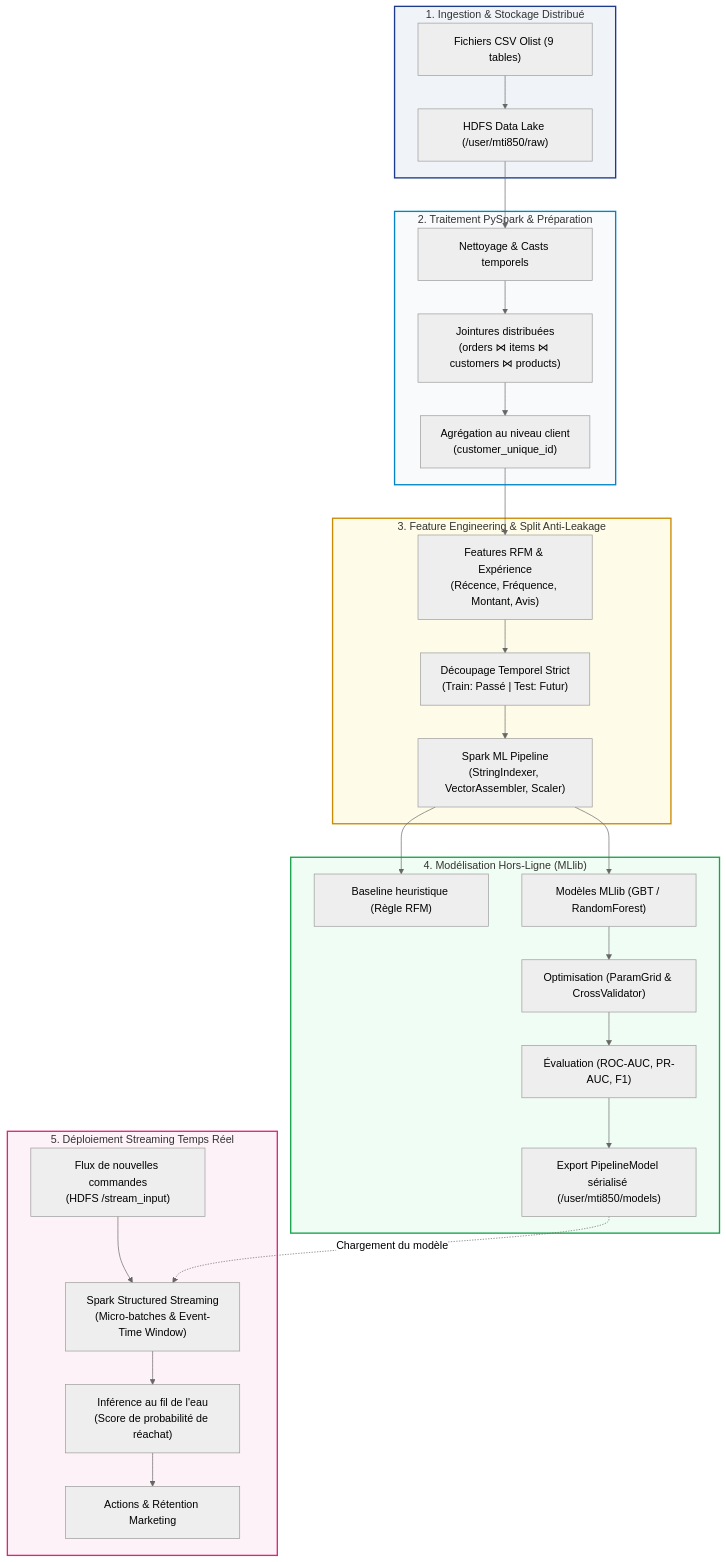
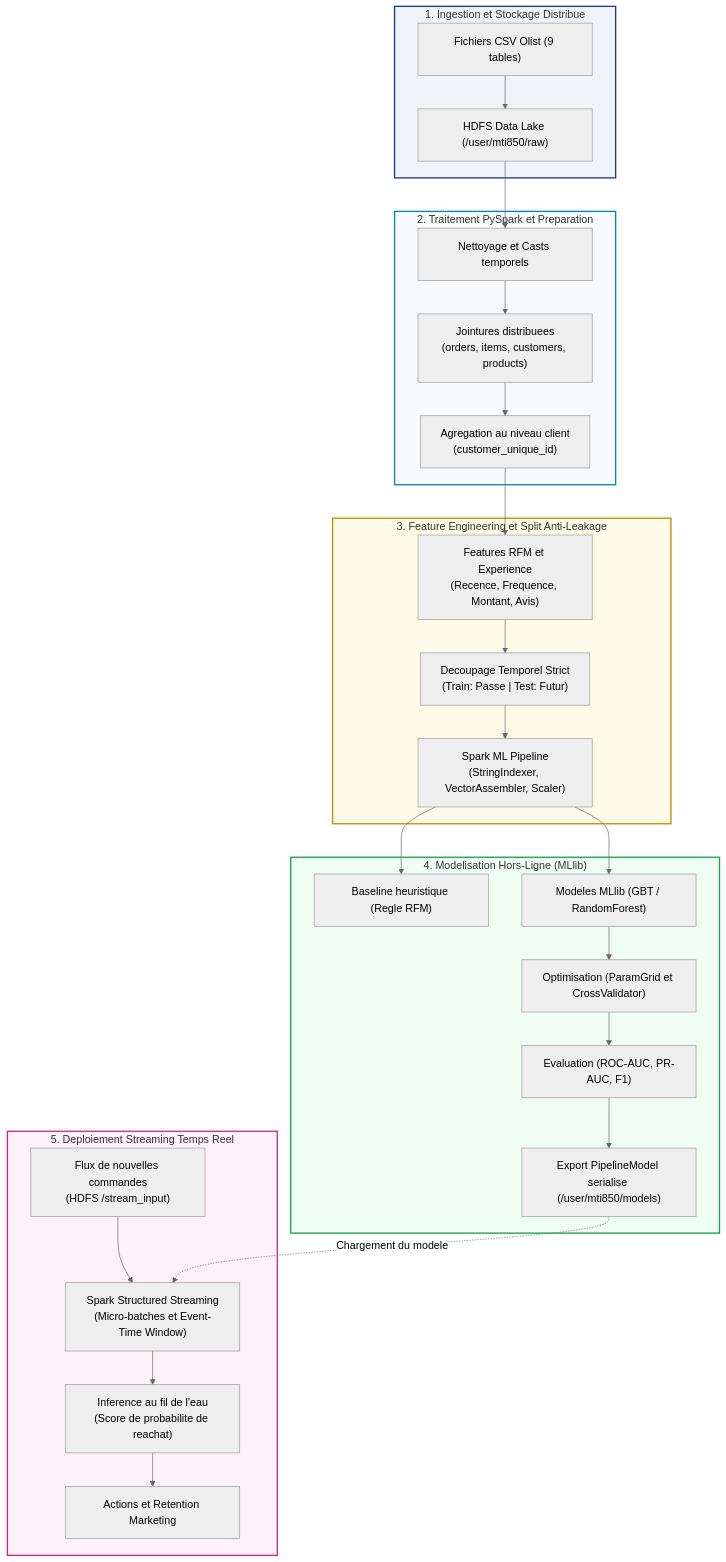
Before and after one commit to jaoseguera/mti850-ecommerce-projet-final: the diagram in README.md, drawn with Mermaid (neutral theme). The commit also changed other lines of this file and 10 other files, not shown here.

````diff
--- a/README.md
+++ b/README.md
@@ -25,39 +20,39 @@
 ```mermaid
 flowchart TD
-    subgraph S1["1. Ingestion & Stockage Distribué"]
+    subgraph S1["1. Ingestion et Stockage Distribue"]
         A["Fichiers CSV Olist (9 tables)"] --> B["HDFS Data Lake (/user/mti850/raw)"]
     end
 
-    subgraph S2["2. Traitement PySpark & Préparation"]
-        B --> C["Nettoyage & Casts temporels"]
-        C --> D["Jointures distribuées\n(orders ⋈ items ⋈ customers ⋈ products)"]
-        D --> E["Agrégation au niveau client\n(customer_unique_id)"]
+    subgraph S2["2. Traitement PySpark et Preparation"]
+        B --> C["Nettoyage et Casts temporels"]
+        C --> D["Jointures distribuees\n(orders, items, customers, products)"]
+        D --> E["Agregation au niveau client\n(customer_unique_id)"]
     end
 
-    subgraph S3["3. Feature Engineering & Split Anti-Leakage"]
-        E --> F["Features RFM & Expérience\n(Récence, Fréquence, Montant, Avis)"]
-        F --> G["Découpage Temporel Strict\n(Train: Passé | Test: Futur)"]
+    subgraph S3["3. Feature Engineering et Split Anti-Leakage"]
+        E --> F["Features RFM et Experience\n(Recence, Frequence, Montant, Avis)"]
+        F --> G["Decoupage Temporel Strict\n(Train: Passe | Test: Futur)"]
         G --> H["Spark ML Pipeline\n(StringIndexer, VectorAssembler, Scaler)"]
     end
 
-    subgraph S4["4. Modélisation Hors-Ligne (MLlib)"]
-        H --> I["Baseline heuristique (Règle RFM)"]
-        H --> J["Modèles MLlib (GBT / RandomForest)"]
-        J --> K["Optimisation (ParamGrid & CrossValidator)"]
-        K --> L["Évaluation (ROC-AUC, PR-AUC, F1)"]
-        L --> M["Export PipelineModel sérialisé (/user/mti850/models)"]
+    subgraph S4["4. Modelisation Hors-Ligne (MLlib)"]
+        H --> I["Baseline heuristique (Regle RFM)"]
+        H --> J["Modeles MLlib (GBT / RandomForest)"]
+        J --> K["Optimisation (ParamGrid et CrossValidator)"]
+        K --> L["Evaluation (ROC-AUC, PR-AUC, F1)"]
+        L --> M["Export PipelineModel serialise (/user/mti850/models)"]
     end
 
-    subgraph S5["5. Déploiement Streaming Temps Réel"]
-        N["Flux de nouvelles commandes\n(HDFS /stream_input)"] --> O["Spark Structured Streaming\n(Micro-batches & Event-Time Window)"]
-        M -.->|Chargement du modèle| O
-        O --> P["Inférence au fil de l'eau\n(Score de probabilité de réachat)"]
-        P --> Q["Actions & Rétention Marketing"]
+    subgraph S5["5. Deploiement Streaming Temps Reel"]
+        N["Flux de nouvelles commandes\n(HDFS /stream_input)"] --> O["Spark Structured Streaming\n(Micro-batches et Event-Time Window)"]
+        M -.->|Chargement du modele| O
+        O --> P["Inference au fil de l'eau\n(Score de probabilite de reachat)"]
+        P --> Q["Actions et Retention Marketing"]
     end
 
     style S1 fill:#f0f4f8,stroke:#1e3a8a,stroke-width:2px
     style S2 fill:#f8fafc,stroke:#0284c7,stroke-width:2px
     style S3 fill:#fefce8,stroke:#ca8a04,stroke-width:2px
     style S4 fill:#f0fdf4,stroke:#16a34a,stroke-width:2px
     style S5 fill:#fdf2f8,stroke:#db2777,stroke-width:2px
 ```
````
